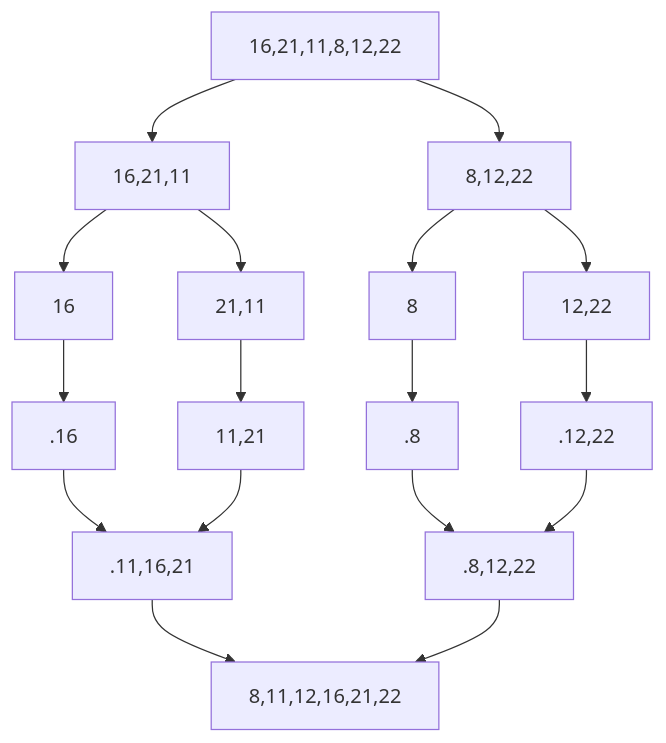
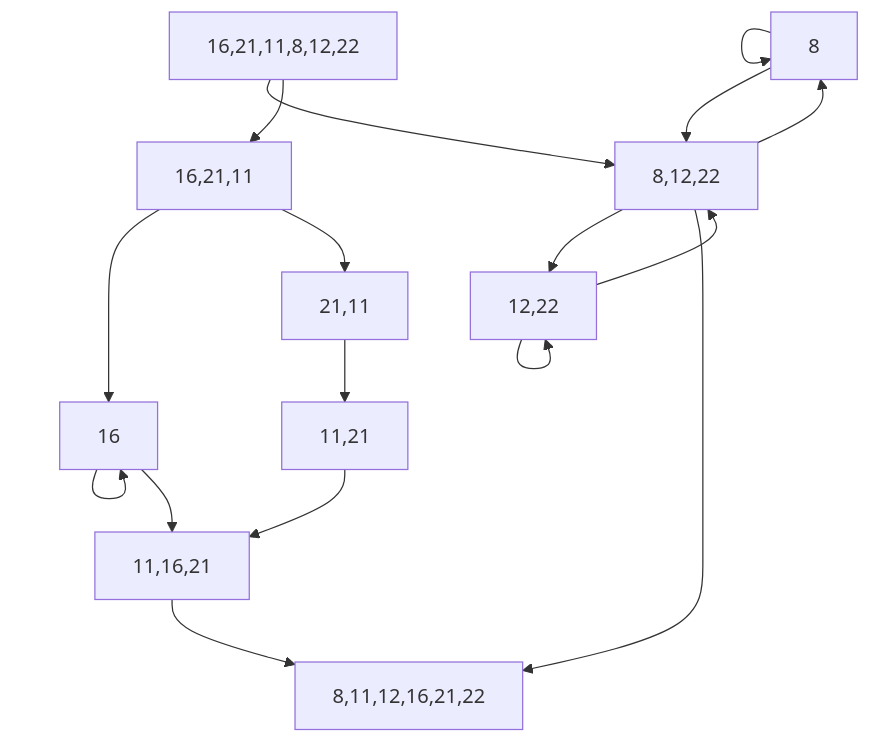
One commit to demirkolorg/Merge-Sort changed the diagram in README.md. Above: the diagram before and after it, drawn with Mermaid.

````diff
--- a/README.md
+++ b/README.md
@@ -15,22 +15,28 @@
 ```mermaid
   graph TD;
       16,21,11,8,12,22-->8,12,22;
       16,21,11,8,12,22-->16,21,11;
 
       8,12,22-->8;
       8,12,22-->12,22;
-      
+
       16,21,11-->16;
       16,21,11-->21,11;
+
       21,11-->11,21;
-      16-->.16;
-      8-->.8;
-      12,22-->.12,22;
-      .8-->.8,12,22;
-      .12,22-->.8,12,22;
-      .16-->.11,16,21;
-       11,21-->.11,16,21;
-      .11,16,21-->8,11,12,16,21,22;
-      .8,12,22-->8,11,12,16,21,22;
+
+      16-->16;
+
+      8-->8;
+
+      12,22-->12,22;
+      8-->8,12,22;
+
+      12,22-->8,12,22;
+      16-->11,16,21;
+
+        11,21-->11,16,21;
+      11,16,21-->8,11,12,16,21,22;
+      8,12,22-->8,11,12,16,21,22;
     
 ```
````
